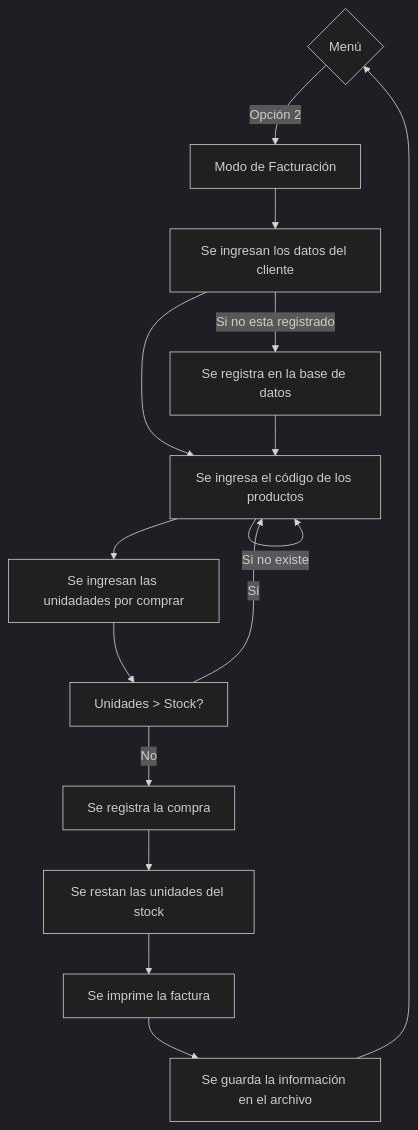
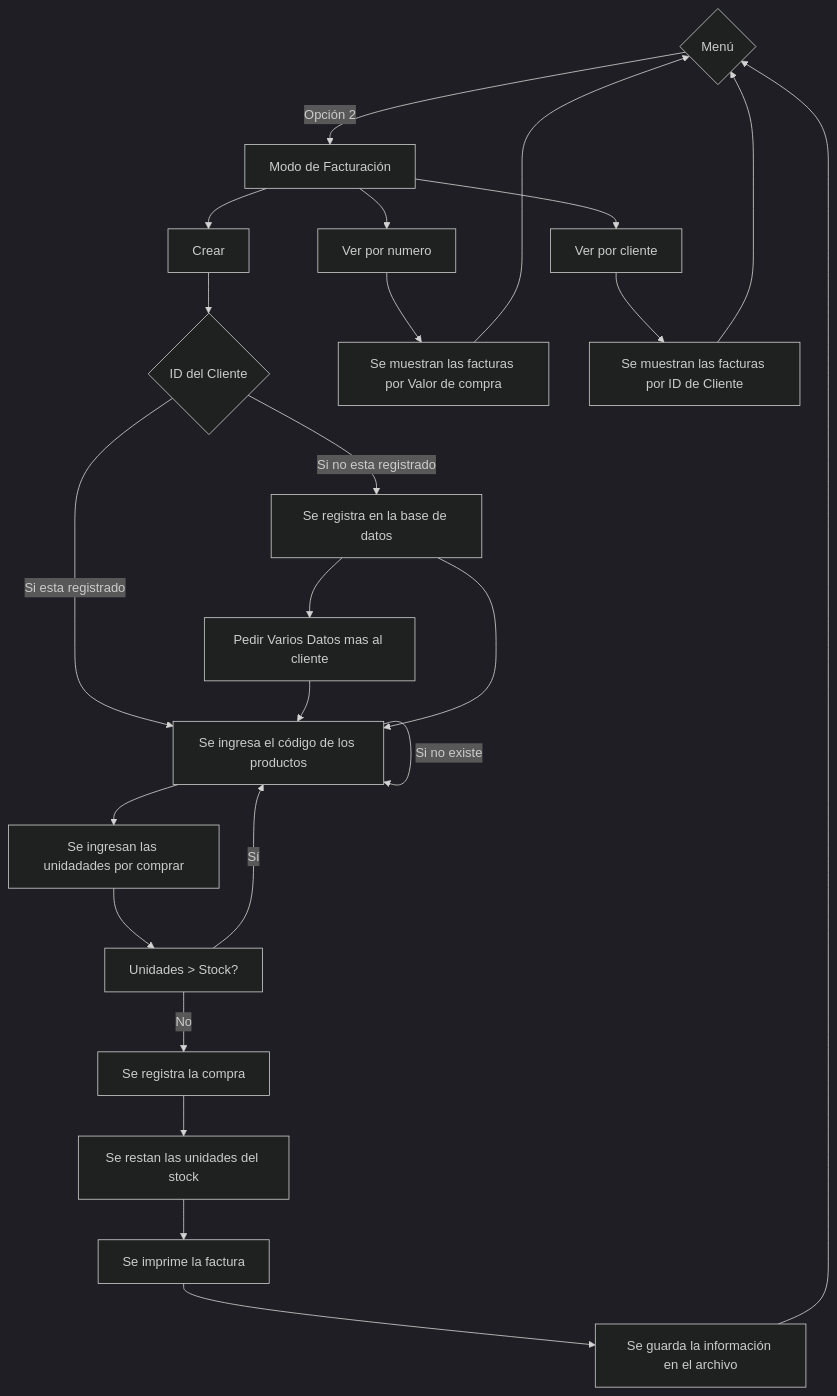
Before and after one commit to NotName-K/Project: the fourth of 6 diagrams in README.md, drawn with Mermaid (dark theme). The commit also changed other lines of this file, not shown here.

````diff
--- a/README.md
+++ b/README.md
@@ -98,17 +101,27 @@
 ```mermaid
 graph TD;
 B{Menú} -->|Opción 2|R[Modo de Facturación];
-    R -->L1[Se ingresan los datos del cliente];
-    L1-->|Si no esta registrado|M1[Se registra en la base de datos];
-    L1-->N1;
+    R -->L1[Crear];
+    R -->L2[Ver por numero];
+    R-->L3[Ver por cliente];
+    L1-->U1{ID del Cliente};
+    U1-->|Si no esta registrado|M1[Se registra en la base de datos];
+    M1 -->W1[Pedir Varios Datos mas al cliente]
+    U1-->|Si esta registrado|N1;
+    W1-->N1
     M1-->N1[Se ingresa el código de los productos];
     N1-->|Si no existe|N1;
-    N1-->O1[Se ingresan las unidadades por comprar];
+    N1-->O1[Se ingresan las unidadades por comprar]
     O1-->P1[Unidades > Stock?];
     P1-->|Sí|N1;
     P1-->|No|Q1[Se registra la compra];
     Q1-->R1[Se restan las unidades del stock];
     R1-->S1[Se imprime la factura];
     S1-->T1[Se guarda la información en el archivo];
     T1-->B;
+
+    L2 -->K2[Se muestran las facturas por Valor de compra]
+    L3 -->K3[Se muestran las facturas por ID de Cliente]
+    K2 -->B
+    K3 -->B
 ```
````
